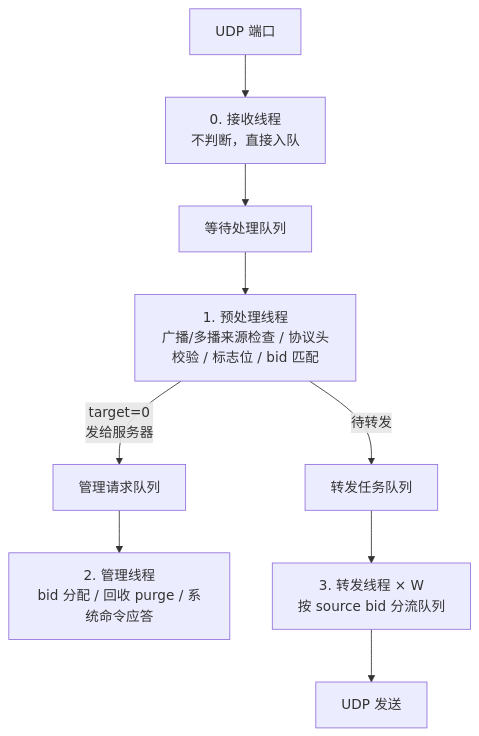
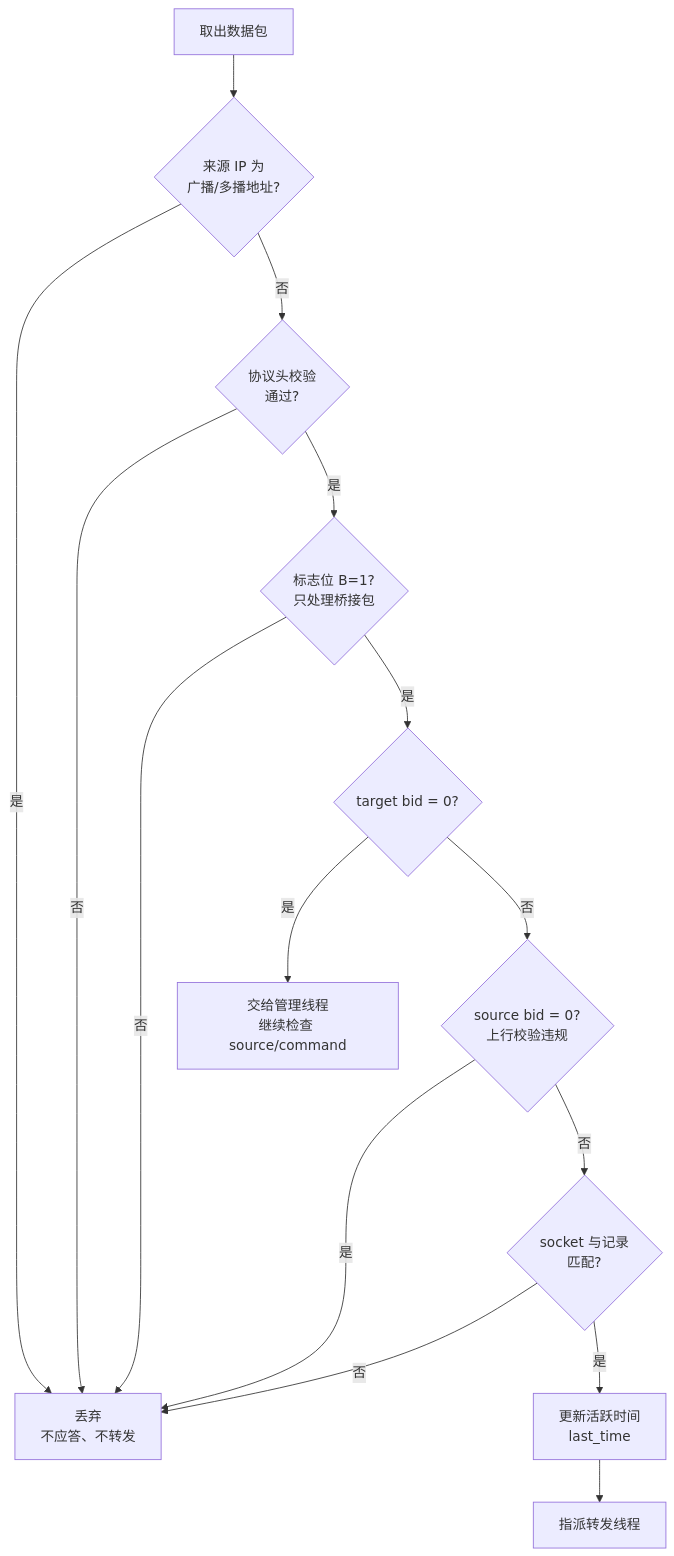
One commit to moky/magpie changed the third of 5 diagrams in docs/architecture.md. Above: the diagram before and after it, drawn with Mermaid. The commit also changed other lines of this file and 11 other files, not shown here.

````diff
--- a/docs/architecture.md
+++ b/docs/architecture.md
@@ -38,11 +85,16 @@
 ```mermaid
 flowchart TD
-    UDP[UDP 端口] --> RX[0. 接收线程<br/>不判断，直接入队]
-    RX --> WL[等待处理队列]
-    WL --> PRE[1. 预处理线程<br/>广播/多播来源检查 / 协议头校验 / 标志位 / bid 匹配]
-    PRE -- "target=0<br/>发给服务器" --> MQ[管理请求队列]
-    PRE -- "待转发" --> FQ[转发任务队列]
-    MQ --> MGMT[2. 管理线程<br/>bid 分配 / 回收 purge / 系统命令应答]
-    FQ --> FWD[3. 转发线程 × W<br/>按 source bid 分流队列]
-    FWD --> OUT[UDP 发送]
+    IN[取出数据包] --> D1{来源 IP 为<br/>广播/多播地址?}
+    D1 -- 是 --> DR[丢弃<br/>不应答、不转发]
+    D1 -- 否 --> D2{协议头校验<br/>通过?}
+    D2 -- 否 --> DR
+    D2 -- 是 --> D3{标志位 B=1?<br/>只处理桥接包}
+    D3 -- 否 --> DR
+    D3 -- 是 --> D4{target bid = 0?}
+    D4 -- 是 --> M[交给管理线程<br/>继续检查 source/command]
+    D4 -- 否 --> D5{source bid = 0?<br/>上行校验违规}
+    D5 -- 是 --> DR
+    D5 -- 否 --> D6{socket 与记录<br/>匹配?}
+    D6 -- 否 --> DR
+    D6 -- 是 --> UP[更新活跃时间<br/>last_time] --> F[指派转发线程]
 ```
````
